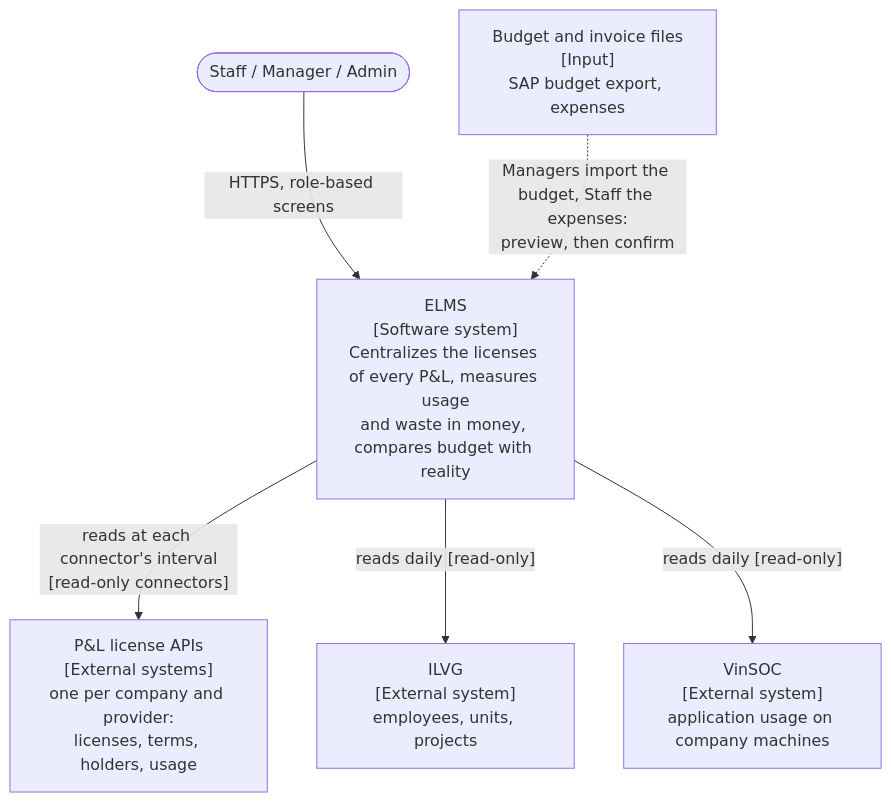
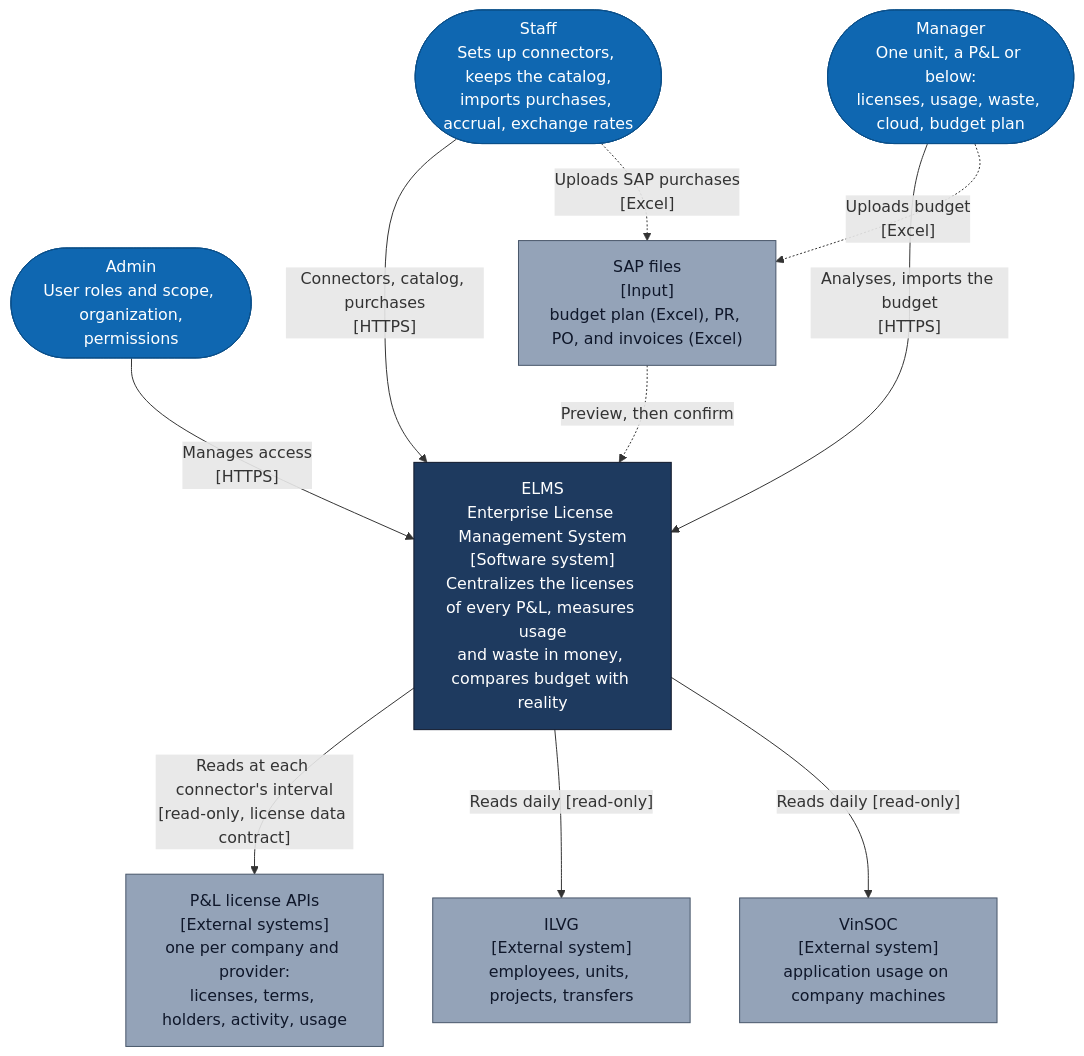
The first of 5 diagrams in README.md (cuonglpv/VFast), drawn with Mermaid before and after one commit. The commit also changed other lines of this file, not shown here.

Commit message:
docs: update README with information architecture, screen hierarchy, and UI/UX details

````diff
--- a/README.md
+++ b/README.md
@@ -151,15 +193,30 @@
 ```mermaid
 flowchart TB
-    users(["Staff / Manager / Admin"])
-    elms["ELMS<br/>[Software system]<br/>Centralizes the licenses of every P&L, measures usage<br/>and waste in money, compares budget with reality"]
-    pnl["P&L license APIs<br/>[External systems]<br/>one per company and provider:<br/>licenses, terms, holders, usage"]
-    ilvg["ILVG<br/>[External system]<br/>employees, units, projects"]
+    staff(["Staff<br/>Sets up connectors, keeps the catalog,<br/>imports purchases, accrual, exchange rates"])
+    manager(["Manager<br/>One unit, a P&L or below:<br/>licenses, usage, waste, cloud, budget plan"])
+    admin(["Admin<br/>User roles and scope, organization,<br/>permissions"])
+
+    elms["ELMS<br/>Enterprise License Management System<br/>[Software system]<br/>Centralizes the licenses of every P&L, measures usage<br/>and waste in money, compares budget with reality"]
+
+    pnl["P&L license APIs<br/>[External systems]<br/>one per company and provider:<br/>licenses, terms, holders, activity, usage"]
+    ilvg["ILVG<br/>[External system]<br/>employees, units, projects, transfers"]
     vinsoc["VinSOC<br/>[External system]<br/>application usage on company machines"]
-    files["Budget and invoice files<br/>[Input]<br/>SAP budget export, expenses"]
+    files["SAP files<br/>[Input]<br/>budget plan (Excel), PR, PO, and invoices (Excel)"]
 
-    users -- "HTTPS, role-based screens" --> elms
-    elms -- "reads at each connector's interval<br/>[read-only connectors]" --> pnl
-    elms -- "reads daily [read-only]" --> ilvg
-    elms -- "reads daily [read-only]" --> vinsoc
-    files -. "Managers import the budget, Staff the expenses:<br/>preview, then confirm" .-> elms
+    staff -- "Connectors, catalog, purchases<br/>[HTTPS]" --> elms
+    manager -- "Analyses, imports the budget<br/>[HTTPS]" --> elms
+    admin -- "Manages access<br/>[HTTPS]" --> elms
+    elms -- "Reads at each connector's interval<br/>[read-only, license data contract]" --> pnl
+    elms -- "Reads daily [read-only]" --> ilvg
+    elms -- "Reads daily [read-only]" --> vinsoc
+    manager -. "Uploads budget<br/>[Excel]" .-> files
+    staff -. "Uploads SAP purchases<br/>[Excel]" .-> files
+    files -. "Preview, then confirm" .-> elms
+
+    classDef person fill:#0F67B1,stroke:#0B4F8A,color:#fff
+    classDef system fill:#1E3A5F,stroke:#0F172A,color:#fff
+    classDef external fill:#94A3B8,stroke:#475569,color:#0F172A
+    class staff,manager,admin person
+    class elms system
+    class pnl,ilvg,vinsoc,files external
 ```
````
